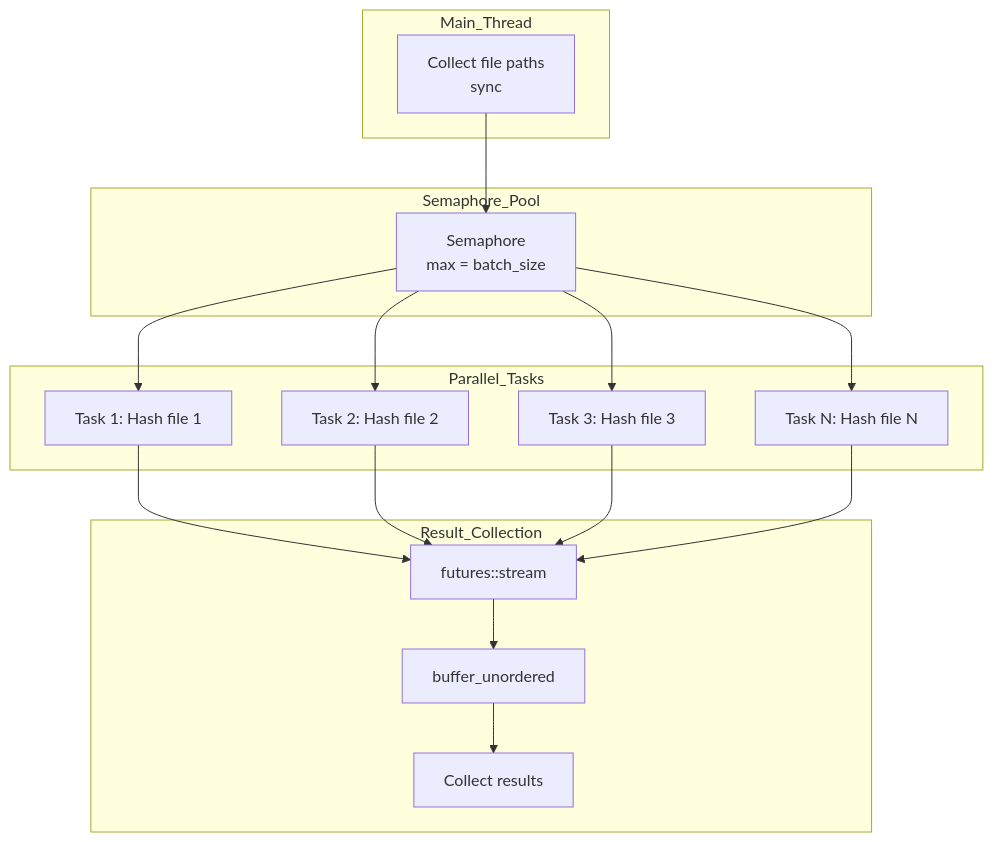
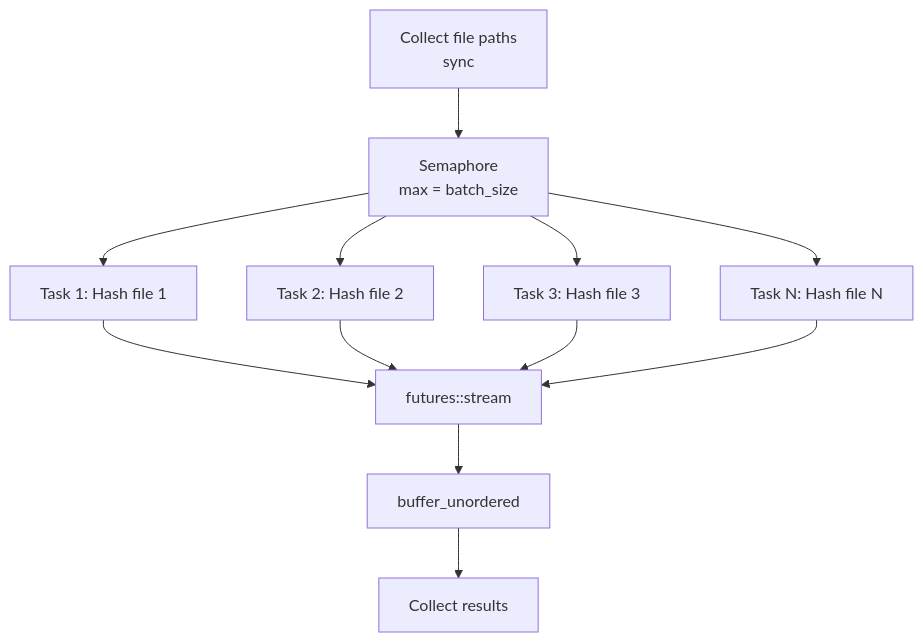
The fifth of 8 diagrams in crates/scanner/docs/architecture.md (Lighty-Launcher/LightyUpdater), drawn with Mermaid before and after one commit. The commit also changed other lines of this file and 33 other files, not shown here.

Commit message:
improve docs with mermaid implémentation for gitbook

````diff
--- a/crates/scanner/docs/architecture.md
+++ b/crates/scanner/docs/architecture.md
@@ -291,37 +263,17 @@
 ```mermaid
-graph TB
-    subgraph Main_Thread
-        Collect[Collect file paths<br/>sync]
-    end
+flowchart TB
+    Collect[Collect file paths<br/>sync] --> Sem[Semaphore<br/>max = batch_size]
 
-    subgraph Semaphore_Pool
-        Sem[Semaphore<br/>max = batch_size]
-    end
+    Sem --> T1[Task 1: Hash file 1]
+    Sem --> T2[Task 2: Hash file 2]
+    Sem --> T3[Task 3: Hash file 3]
+    Sem --> Tn[Task N: Hash file N]
 
-    subgraph Parallel_Tasks
-        T1[Task 1: Hash file 1]
-        T2[Task 2: Hash file 2]
-        T3[Task 3: Hash file 3]
-        Tn[Task N: Hash file N]
-    end
-
-    subgraph Result_Collection
-        Stream[futures::stream]
-        Buffer[buffer_unordered]
-        Collect2[Collect results]
-    end
-
-    Collect --> Sem
-    Sem --> T1
-    Sem --> T2
-    Sem --> T3
-    Sem --> Tn
-
-    T1 --> Stream
+    T1 --> Stream[futures::stream]
     T2 --> Stream
     T3 --> Stream
     Tn --> Stream
 
-    Stream --> Buffer
-    Buffer --> Collect2
+    Stream --> Buffer[buffer_unordered]
+    Buffer --> Collect2[Collect results]
 ```
````
